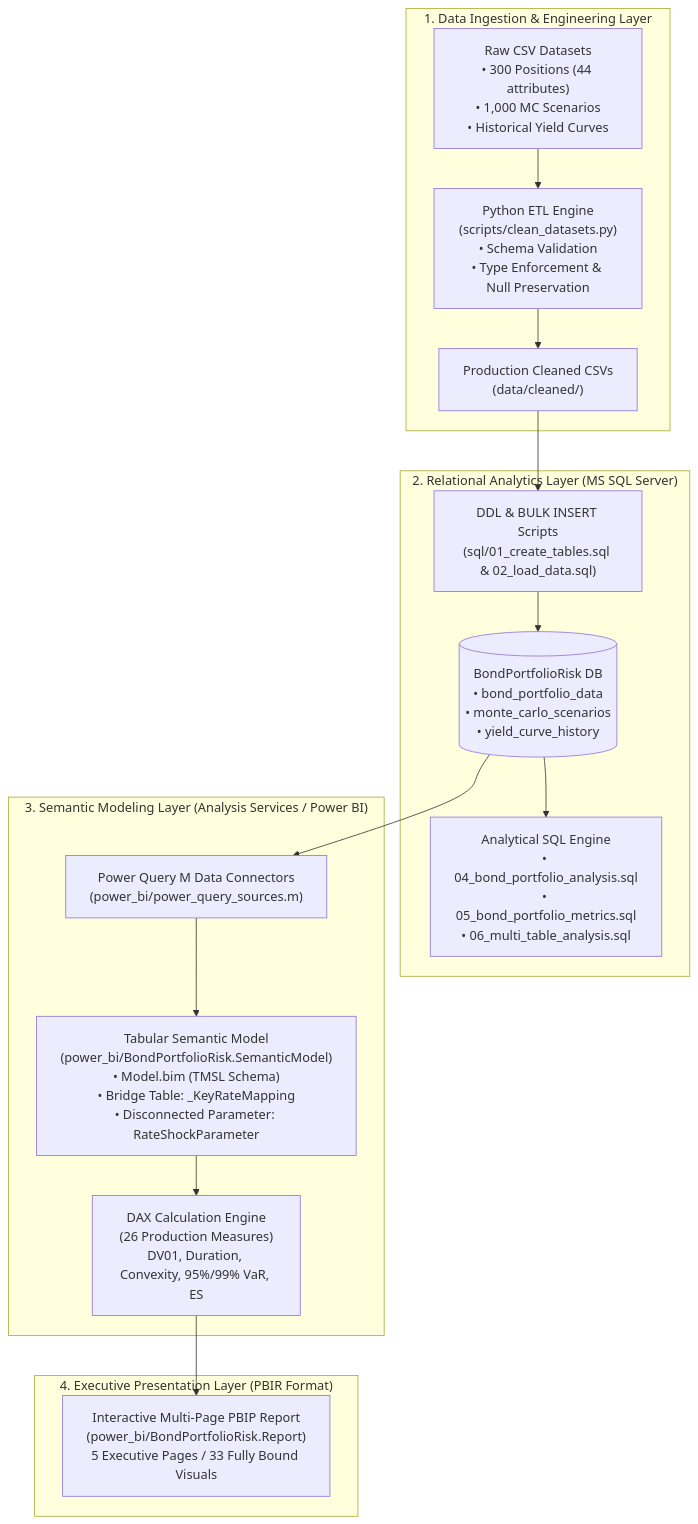
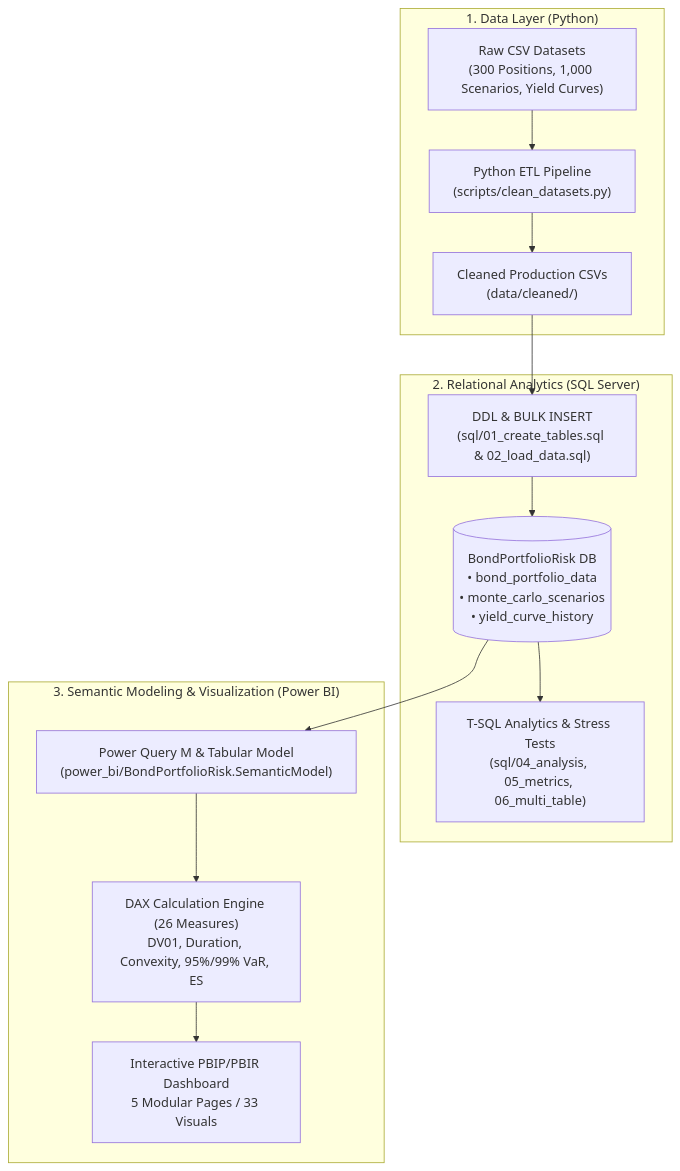
One commit to ZethetaIntern/bond-portfolio-risk-analytics-1794158679-7u3d7m-vikas12134 changed the diagram in README.md. Above: the diagram before and after it, drawn with Mermaid. The commit also changed other lines of this file and 7 other files, not shown here.

````diff
--- a/README.md
+++ b/README.md
@@ -58,23 +17,19 @@
 ```mermaid
 flowchart TD
-    subgraph Data_Layer ["1. Data Ingestion & Engineering Layer"]
-        R1["Raw CSV Datasets<br/>• 300 Positions (44 attributes)<br/>• 1,000 MC Scenarios<br/>• Historical Yield Curves"] --> P1["Python ETL Engine<br/>(scripts/clean_datasets.py)<br/>• Schema Validation<br/>• Type Enforcement & Null Preservation"]
-        P1 --> C1["Production Cleaned CSVs<br/>(data/cleaned/)"]
+    subgraph Layer1 ["1. Data Layer (Python)"]
+        A["Raw CSV Datasets<br/>(300 Positions, 1,000 Scenarios, Yield Curves)"] --> B["Python ETL Pipeline<br/>(scripts/clean_datasets.py)"]
+        B --> C["Cleaned Production CSVs<br/>(data/cleaned/)"]
     end
 
-    subgraph Database_Layer ["2. Relational Analytics Layer (MS SQL Server)"]
-        C1 --> S1["DDL & BULK INSERT Scripts<br/>(sql/01_create_tables.sql & 02_load_data.sql)"]
-        S1 --> DB[("BondPortfolioRisk DB<br/>• bond_portfolio_data<br/>• monte_carlo_scenarios<br/>• yield_curve_history")]
-        DB --> Q1["Analytical SQL Engine<br/>• 04_bond_portfolio_analysis.sql<br/>• 05_bond_portfolio_metrics.sql<br/>• 06_multi_table_analysis.sql"]
+    subgraph Layer2 ["2. Relational Analytics (SQL Server)"]
+        C --> D["DDL & BULK INSERT<br/>(sql/01_create_tables.sql & 02_load_data.sql)"]
+        D --> E[("BondPortfolioRisk DB<br/>• bond_portfolio_data<br/>• monte_carlo_scenarios<br/>• yield_curve_history")]
+        E --> F["T-SQL Analytics & Stress Tests<br/>(sql/04_analysis, 05_metrics, 06_multi_table)"]
     end
 
-    subgraph Modeling_Layer ["3. Semantic Modeling Layer (Analysis Services / Power BI)"]
-        DB --> M1["Power Query M Data Connectors<br/>(power_bi/power_query_sources.m)"]
-        M1 --> TM["Tabular Semantic Model<br/>(power_bi/BondPortfolioRisk.SemanticModel)<br/>• Model.bim (TMSL Schema)<br/>• Bridge Table: _KeyRateMapping<br/>• Disconnected Parameter: RateShockParameter"]
-        TM --> DAX["DAX Calculation Engine<br/>(26 Production Measures)<br/>DV01, Duration, Convexity, 95%/99% VaR, ES"]
-    end
-
-    subgraph Presentation_Layer ["4. Executive Presentation Layer (PBIR Format)"]
-        DAX --> PBI["Interactive Multi-Page PBIP Report<br/>(power_bi/BondPortfolioRisk.Report)<br/>5 Executive Pages / 33 Fully Bound Visuals"]
+    subgraph Layer3 ["3. Semantic Modeling & Visualization (Power BI)"]
+        E --> G["Power Query M & Tabular Model<br/>(power_bi/BondPortfolioRisk.SemanticModel)"]
+        G --> H["DAX Calculation Engine (26 Measures)<br/>DV01, Duration, Convexity, 95%/99% VaR, ES"]
+        H --> I["Interactive PBIP/PBIR Dashboard<br/>5 Modular Pages / 33 Visuals"]
     end
 ```
````
